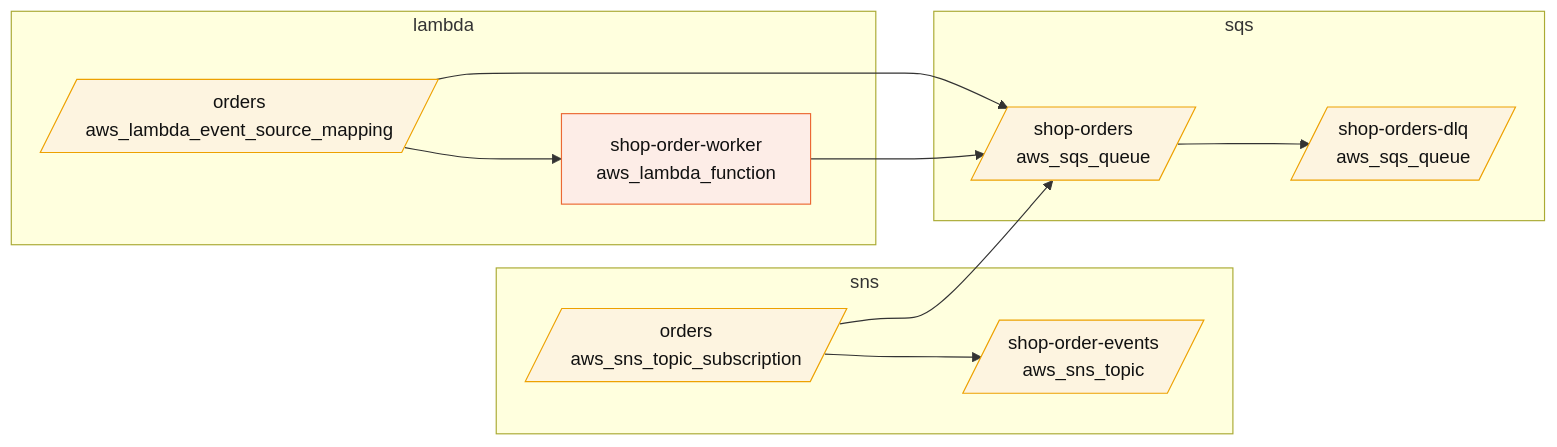
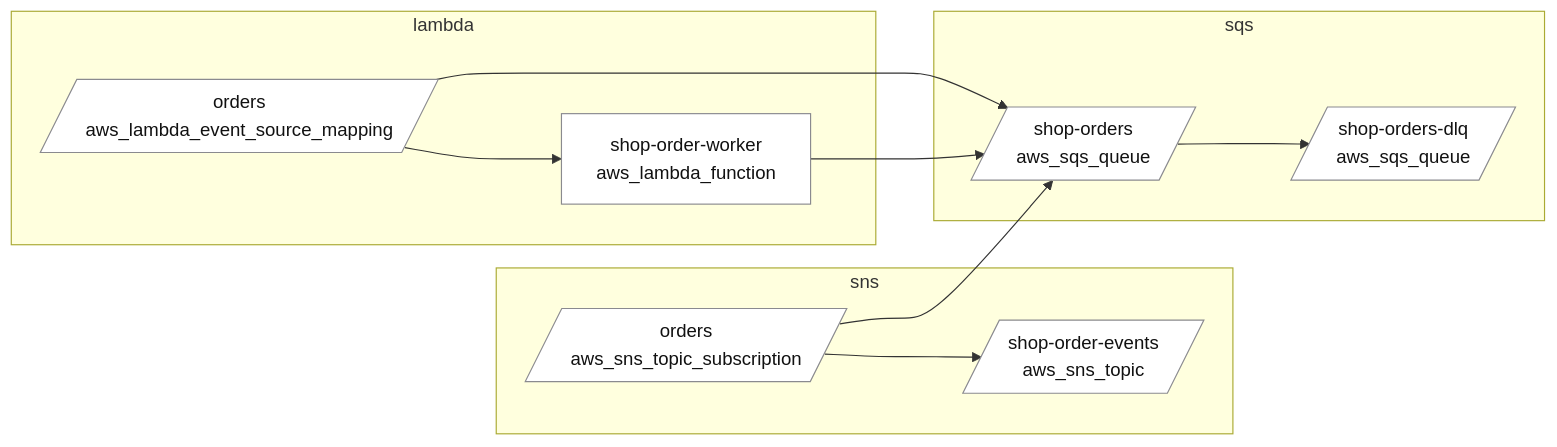
Before and after one commit to brignano/driftwood: the second of 2 diagrams in README.md, drawn with Mermaid. The commit also changed 15 other files, not shown here.

First line of the commit message:
style: calm viewer and neutral diagrams, per the design system's diagram rule

````diff
--- a/README.md
+++ b/README.md
@@ -151,29 +151,29 @@
 ```mermaid
 flowchart LR
     subgraph n_lambda["lambda"]
         n_aws_lambda_event_source_mapping_orders[/"orders<br/>aws_lambda_event_source_mapping"/]
         n_aws_lambda_function_order_worker["shop-order-worker<br/>aws_lambda_function"]
     end
     subgraph n_sns["sns"]
         n_aws_sns_topic_subscription_orders[/"orders<br/>aws_sns_topic_subscription"/]
         n_aws_sns_topic_order_events[/"shop-order-events<br/>aws_sns_topic"/]
     end
     subgraph n_sqs["sqs"]
         n_aws_sqs_queue_orders[/"shop-orders<br/>aws_sqs_queue"/]
         n_aws_sqs_queue_orders_dlq[/"shop-orders-dlq<br/>aws_sqs_queue"/]
     end
     n_aws_lambda_event_source_mapping_orders --> n_aws_lambda_function_order_worker
     n_aws_lambda_event_source_mapping_orders --> n_aws_sqs_queue_orders
     n_aws_lambda_function_order_worker --> n_aws_sqs_queue_orders
     n_aws_sns_topic_subscription_orders --> n_aws_sns_topic_order_events
     n_aws_sns_topic_subscription_orders --> n_aws_sqs_queue_orders
     n_aws_sqs_queue_orders --> n_aws_sqs_queue_orders_dlq
     class n_aws_lambda_event_source_mapping_orders f_messaging;
     class n_aws_lambda_function_order_worker f_compute;
     class n_aws_sns_topic_subscription_orders f_messaging;
     class n_aws_sns_topic_order_events f_messaging;
     class n_aws_sqs_queue_orders f_messaging;
     class n_aws_sqs_queue_orders_dlq f_messaging;
-    classDef f_compute fill:#fdede7,stroke:#eb6834,color:#111111;
-    classDef f_messaging fill:#fdf4e0,stroke:#eda100,color:#111111;
+    classDef f_compute fill:#ffffff,stroke:#8a8a8f,color:#111111;
+    classDef f_messaging fill:#ffffff,stroke:#8a8a8f,color:#111111;
 ```
````
